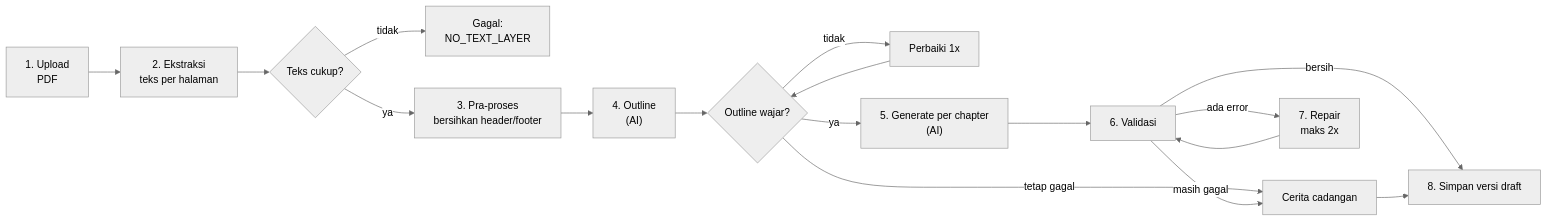
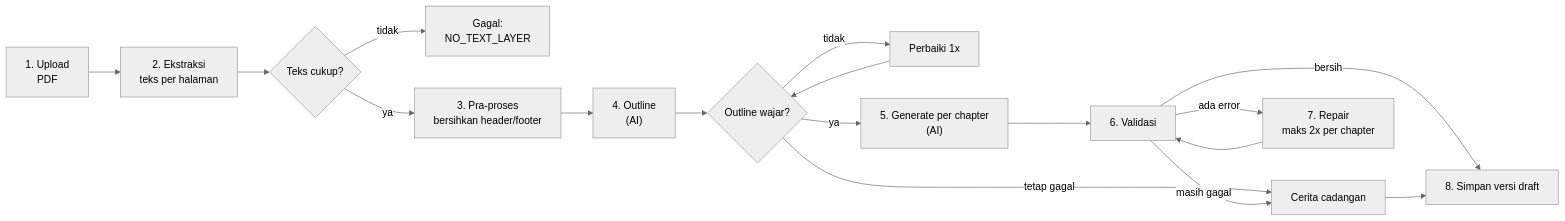
Before and after one commit to justeita/ClassQuest: the diagram in docs/03-ai-pipeline/pipeline.md, drawn with Mermaid (neutral theme). The commit also changed other lines of this file and 19 other files, not shown here.

````diff
--- a/docs/03-ai-pipeline/pipeline.md
+++ b/docs/03-ai-pipeline/pipeline.md
@@ -16,19 +16,19 @@
 ```mermaid
 flowchart LR
   A["1. Upload<br/>PDF"] --> B["2. Ekstraksi<br/>teks per halaman"]
   B --> B2{"Teks cukup?"}
   B2 -- "tidak" --> X["Gagal:<br/>NO_TEXT_LAYER"]
   B2 -- "ya" --> C["3. Pra-proses<br/>bersihkan header/footer"]
   C --> D["4. Outline<br/>(AI)"]
   D --> D2{"Outline wajar?"}
   D2 -- "tidak" --> D3["Perbaiki 1x"]
   D3 --> D2
   D2 -- "tetap gagal" --> Y["Cerita cadangan"]
   D2 -- "ya" --> E["5. Generate per chapter<br/>(AI)"]
   E --> F["6. Validasi"]
-  F -- "ada error" --> G["7. Repair<br/>maks 2x"]
+  F -- "ada error" --> G["7. Repair<br/>maks 2x per chapter"]
   G --> F
   F -- "bersih" --> H["8. Simpan versi draft"]
   F -- "masih gagal" --> Y
   Y --> H
 ```
````
